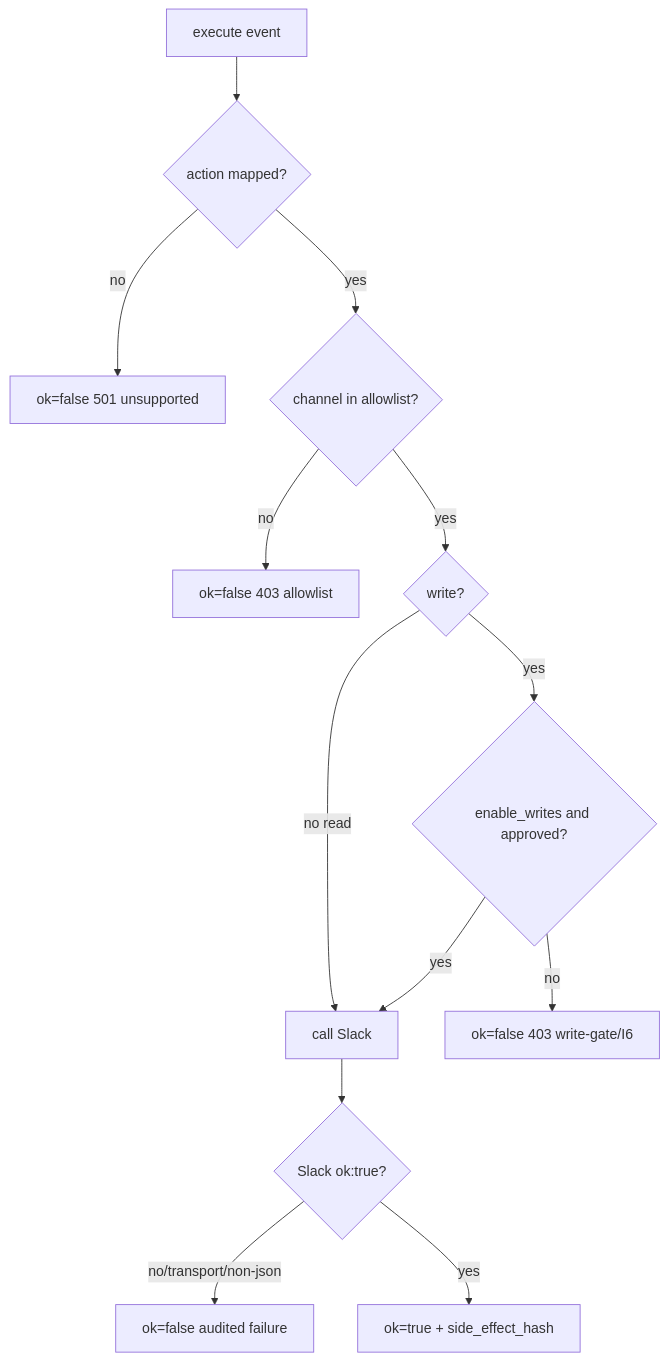
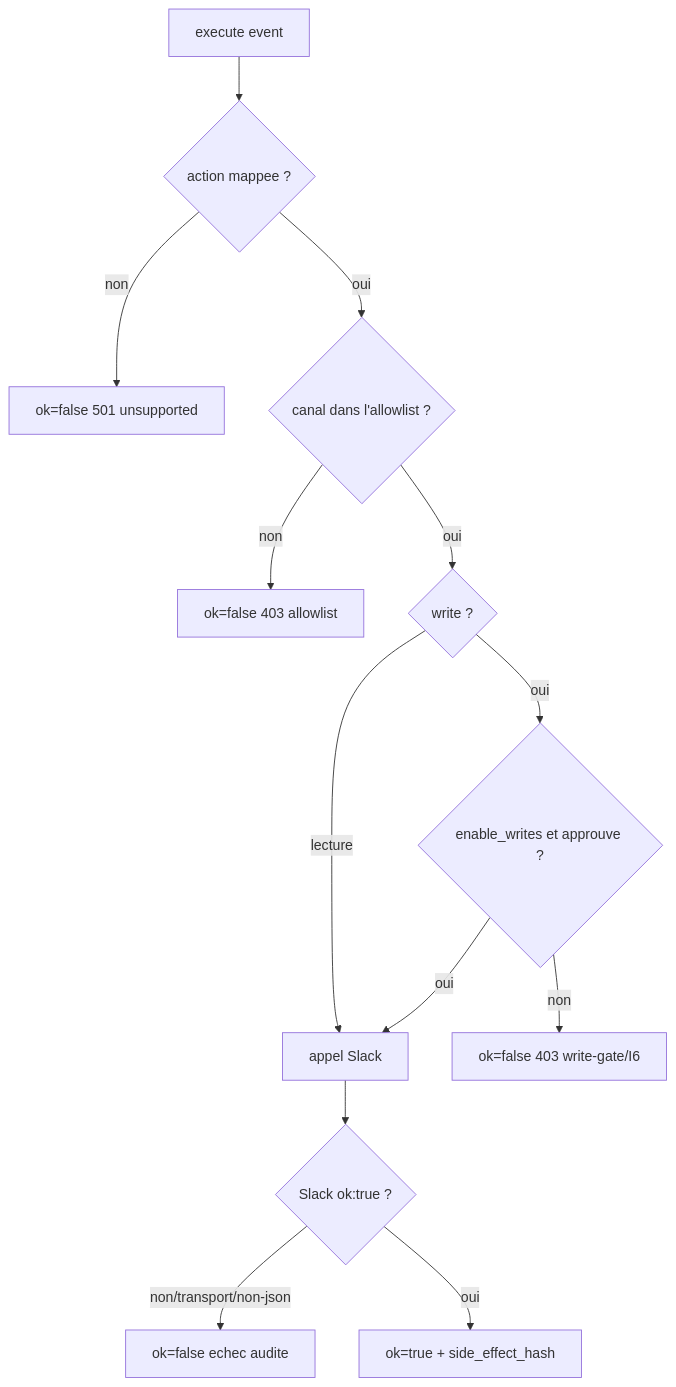
Before and after one commit to mo0ogly/recette_IA_agents: the second of 2 diagrams in docs/runbooks/real-slack-proxy.md, drawn with Mermaid. The commit also changed other lines of this file and 25 other files, not shown here.

````diff
--- a/docs/runbooks/real-slack-proxy.md
+++ b/docs/runbooks/real-slack-proxy.md
@@ -51,15 +51,15 @@
 ```mermaid
 flowchart TD
-  A[execute event] --> B{action mapped?}
-  B -->|no| R1[ok=false 501 unsupported]
-  B -->|yes| C{channel in allowlist?}
-  C -->|no| R2[ok=false 403 allowlist]
-  C -->|yes| D{write?}
-  D -->|no read| F[call Slack]
-  D -->|yes| E{enable_writes and approved?}
-  E -->|no| R3[ok=false 403 write-gate/I6]
-  E -->|yes| F
-  F --> G{Slack ok:true?}
-  G -->|no/transport/non-json| R4[ok=false audited failure]
-  G -->|yes| H[ok=true + side_effect_hash]
+  A[execute event] --> B{action mappee ?}
+  B -->|non| R1[ok=false 501 unsupported]
+  B -->|oui| C{canal dans l'allowlist ?}
+  C -->|non| R2[ok=false 403 allowlist]
+  C -->|oui| D{write ?}
+  D -->|lecture| F[appel Slack]
+  D -->|oui| E{enable_writes et approuve ?}
+  E -->|non| R3[ok=false 403 write-gate/I6]
+  E -->|oui| F
+  F --> G{Slack ok:true ?}
+  G -->|non/transport/non-json| R4[ok=false echec audite]
+  G -->|oui| H[ok=true + side_effect_hash]
 ```
````
